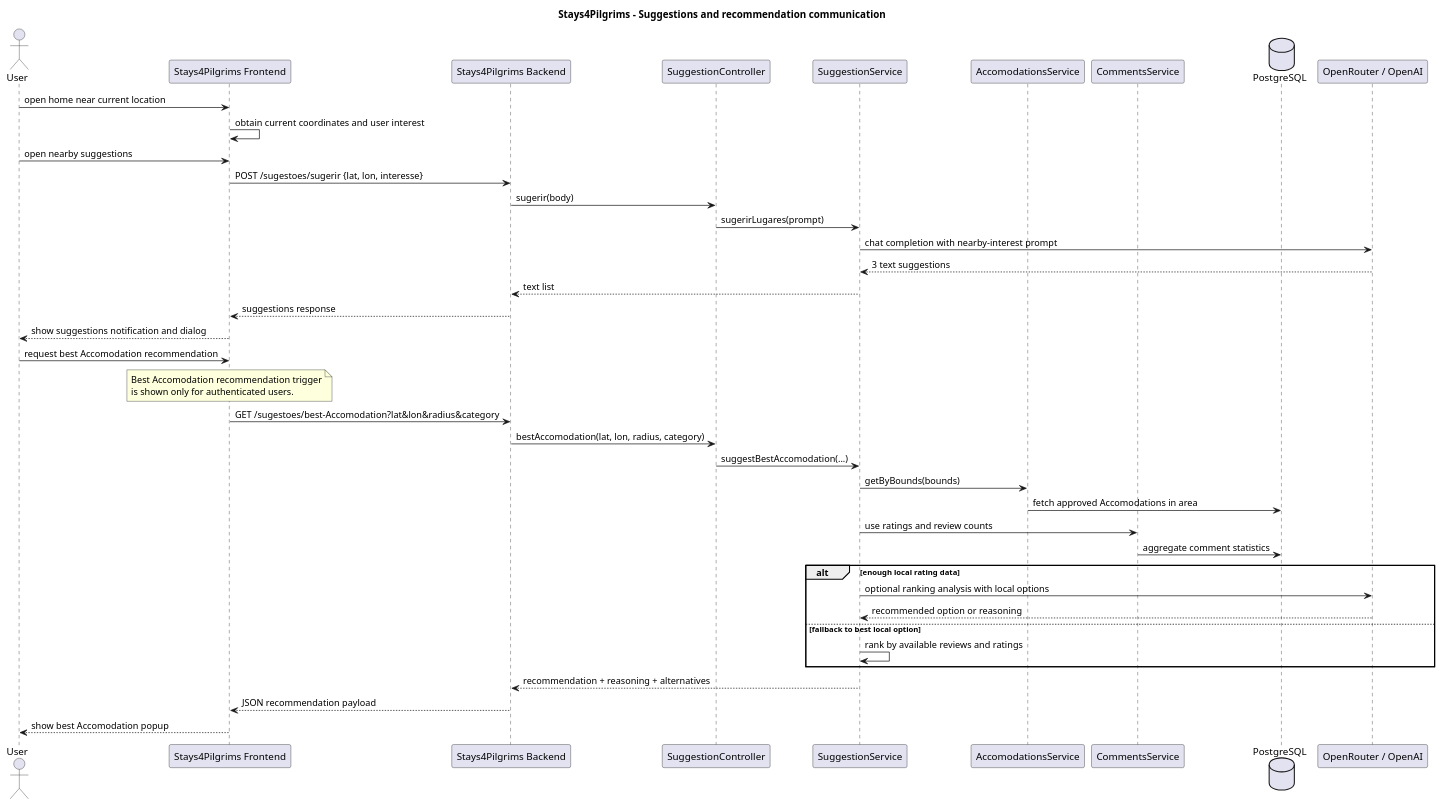
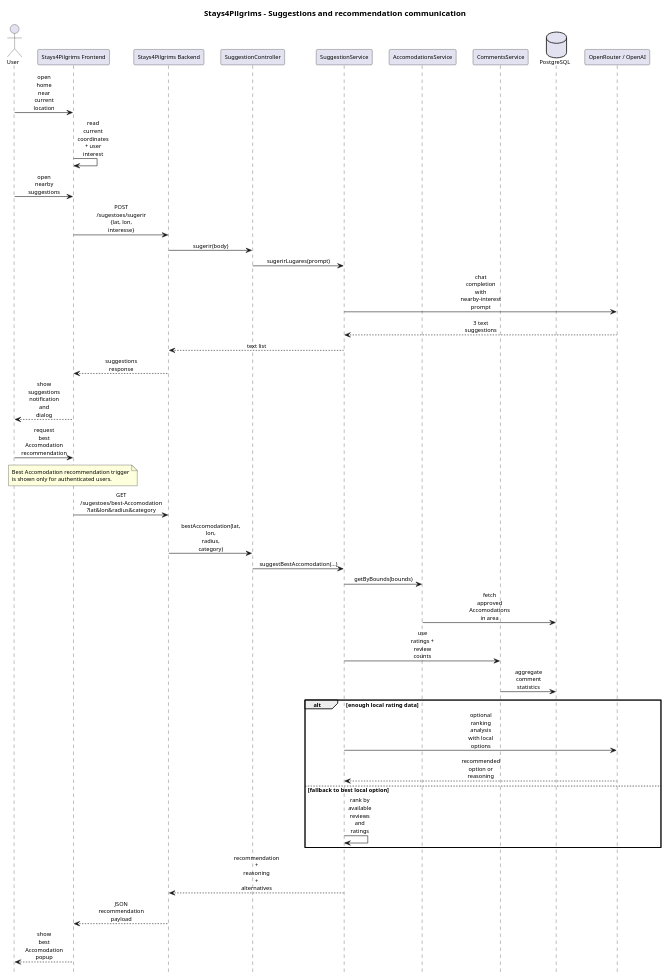
One commit to alegna83/cookbook-be changed the diagram in docs/diagrams/communication-suggestions-flow.puml. Above: the diagram before and after it, drawn with PlantUML. The commit also changed 25 other files, not shown here.

Commit message:
docs(diagrams): optimize architecture and communication diagrams for A4 readability

```diff
--- a/docs/diagrams/communication-suggestions-flow.puml
+++ b/docs/diagrams/communication-suggestions-flow.puml
@@ -1,49 +1,60 @@
 @startuml
 title Stays4Pilgrims - Suggestions and recommendation communication
+scale 0.80
+hide footbox
+skinparam defaultFontName Arial
+skinparam defaultFontSize 10
+skinparam maxMessageSize 46
+skinparam sequence {
+  ParticipantPadding 10
+  BoxPadding 8
+  MessageAlign center
+  ArrowThickness 1
+}
 
 actor User
 participant "Stays4Pilgrims Frontend" as FE
 participant "Stays4Pilgrims Backend" as BE
 participant "SuggestionController" as SuggestionController
 participant "SuggestionService" as SuggestionService
 participant "AccomodationsService" as AccomodationsService
 participant "CommentsService" as CommentsService
 database "PostgreSQL" as DB
 participant "OpenRouter / OpenAI" as AI
 
 User -> FE : open home near current location
-FE -> FE : obtain current coordinates and user interest
+FE -> FE : read current coordinates + user interest
 
 User -> FE : open nearby suggestions
-FE -> BE : POST /sugestoes/sugerir {lat, lon, interesse}
+FE -> BE : POST /sugestoes/sugerir\n{lat, lon, interesse}
 BE -> SuggestionController : sugerir(body)
 SuggestionController -> SuggestionService : sugerirLugares(prompt)
 SuggestionService -> AI : chat completion with nearby-interest prompt
 AI --> SuggestionService : 3 text suggestions
 SuggestionService --> BE : text list
 BE --> FE : suggestions response
 FE --> User : show suggestions notification and dialog
 
 User -> FE : request best Accomodation recommendation
 note over FE
 Best Accomodation recommendation trigger
 is shown only for authenticated users.
 end note
-FE -> BE : GET /sugestoes/best-Accomodation?lat&lon&radius&category
+FE -> BE : GET /sugestoes/best-Accomodation\n?lat&lon&radius&category
 BE -> SuggestionController : bestAccomodation(lat, lon, radius, category)
 SuggestionController -> SuggestionService : suggestBestAccomodation(...)
 SuggestionService -> AccomodationsService : getByBounds(bounds)
 AccomodationsService -> DB : fetch approved Accomodations in area
-SuggestionService -> CommentsService : use ratings and review counts
+SuggestionService -> CommentsService : use ratings + review counts
 CommentsService -> DB : aggregate comment statistics
 alt enough local rating data
   SuggestionService -> AI : optional ranking analysis with local options
   AI --> SuggestionService : recommended option or reasoning
 else fallback to best local option
   SuggestionService -> SuggestionService : rank by available reviews and ratings
 end
 SuggestionService --> BE : recommendation + reasoning + alternatives
 BE --> FE : JSON recommendation payload
 FE --> User : show best Accomodation popup
 
 @enduml
```
